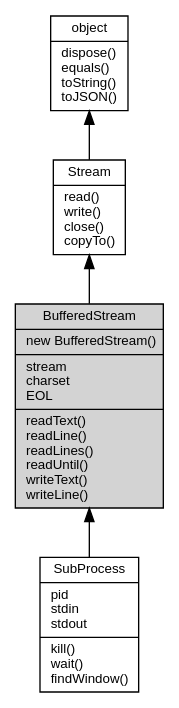
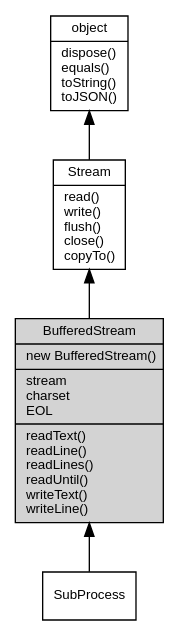
The diagram in docs/manual/object/ifs/BufferedStream.md (fibjs/fibjs.org), drawn with Graphviz before and after one commit. The commit also changed other lines of this file and 289 other files, not shown here.

````diff
--- a/docs/manual/object/ifs/BufferedStream.md
+++ b/docs/manual/object/ifs/BufferedStream.md
@@ -11,14 +11,14 @@
 ```dot
 digraph {
     node [fontname="Helvetica,sans-Serif", fontsize=10, shape="record", style="filled", fillcolor="white"];
 
     object [tooltip="object", URL="object.md", label="{object|dispose()\lequals()\ltoString()\ltoJSON()\l}"];
-    Stream [tooltip="Stream", URL="Stream.md", label="{Stream|read()\lwrite()\lclose()\lcopyTo()\l}"];
-    BufferedStream [tooltip="BufferedStream", fillcolor="lightgray", label="{BufferedStream|new BufferedStream()\l|stream\lcharset\lEOL\l|readText()\lreadLine()\lreadLines()\lreadUntil()\lwriteText()\lwriteLine()\l}"];
-    SubProcess [tooltip="SubProcess", URL="SubProcess.md", label="{SubProcess|pid\lstdin\lstdout\l|kill()\lwait()\lfindWindow()\l}"];
+    Stream [tooltip="Stream", URL="Stream.md", label="{Stream|read()\lwrite()\lflush()\lclose()\lcopyTo()\l}"];
+    BufferedStream [tooltip="BufferedStream", fillcolor="lightgray", id="me", label="{BufferedStream|new BufferedStream()\l|stream\lcharset\lEOL\l|readText()\lreadLine()\lreadLines()\lreadUntil()\lwriteText()\lwriteLine()\l}"];
+    SubProcess [tooltip="SubProcess", URL="SubProcess.md", label="{SubProcess}"];
 
     object -> Stream [dir=back];
     Stream -> BufferedStream [dir=back];
     BufferedStream -> SubProcess [dir=back];
 }
 ```
````
